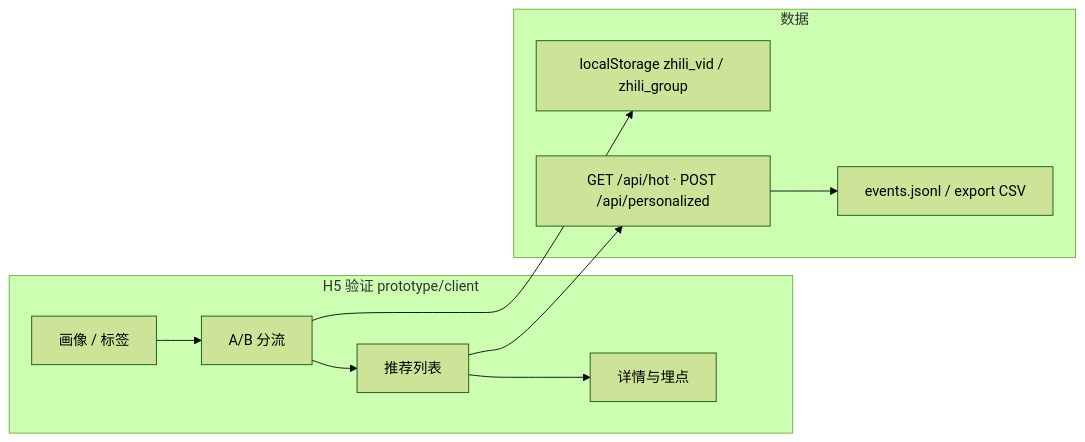
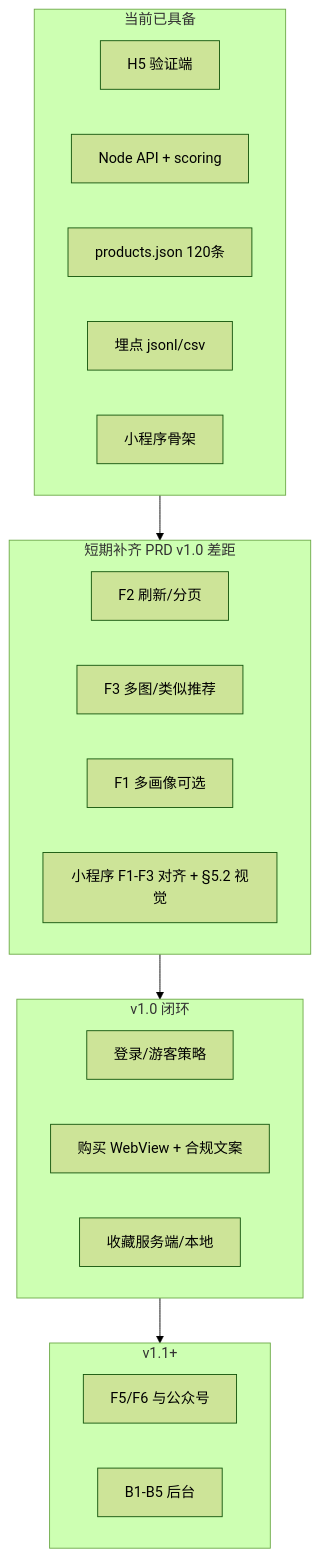
The diagram in develop.md (azhuoinfogs/zhili), drawn with Mermaid (forest theme) before and after one commit. The commit also changed other lines of this file and 7 other files, not shown here.

````diff
--- a/develop.md
+++ b/develop.md
@@ -34,13 +61,26 @@
 ```mermaid
-flowchart LR
-  subgraph proto [H5 验证 prototype/client]
-    A[画像 / 标签] --> B[A/B 分流]
-    B --> C[推荐列表]
-    C --> D[详情与埋点]
+flowchart TB
+  subgraph now [当前已具备]
+    H5[H5 验证端]
+    API[Node API + scoring]
+    DS[products.json 120条]
+    TE[埋点 jsonl/csv]
+    MP[小程序骨架]
   end
-  subgraph data [数据]
-    B --> E[localStorage zhili_vid / zhili_group]
-    C --> F["GET /api/hot · POST /api/personalized"]
-    F --> G[events.jsonl / export CSV]
+  subgraph near [短期补齐 PRD v1.0 差距]
+    F2p[F2 刷新/分页]
+    F3f[F3 多图/类似推荐]
+    F1m[F1 多画像可选]
+    MP1[小程序 F1-F3 对齐 + §5.2 视觉]
   end
+  subgraph mid [v1.0 闭环]
+    AUTH[登录/游客策略]
+    CPS[购买 WebView + 合规文案]
+    F4s[收藏服务端/本地]
+  end
+  subgraph later [v1.1+]
+    F5F6[F5/F6 与公众号]
+    B1B5[B1-B5 后台]
+  end
+  now --> near --> mid --> later
 ```
````
